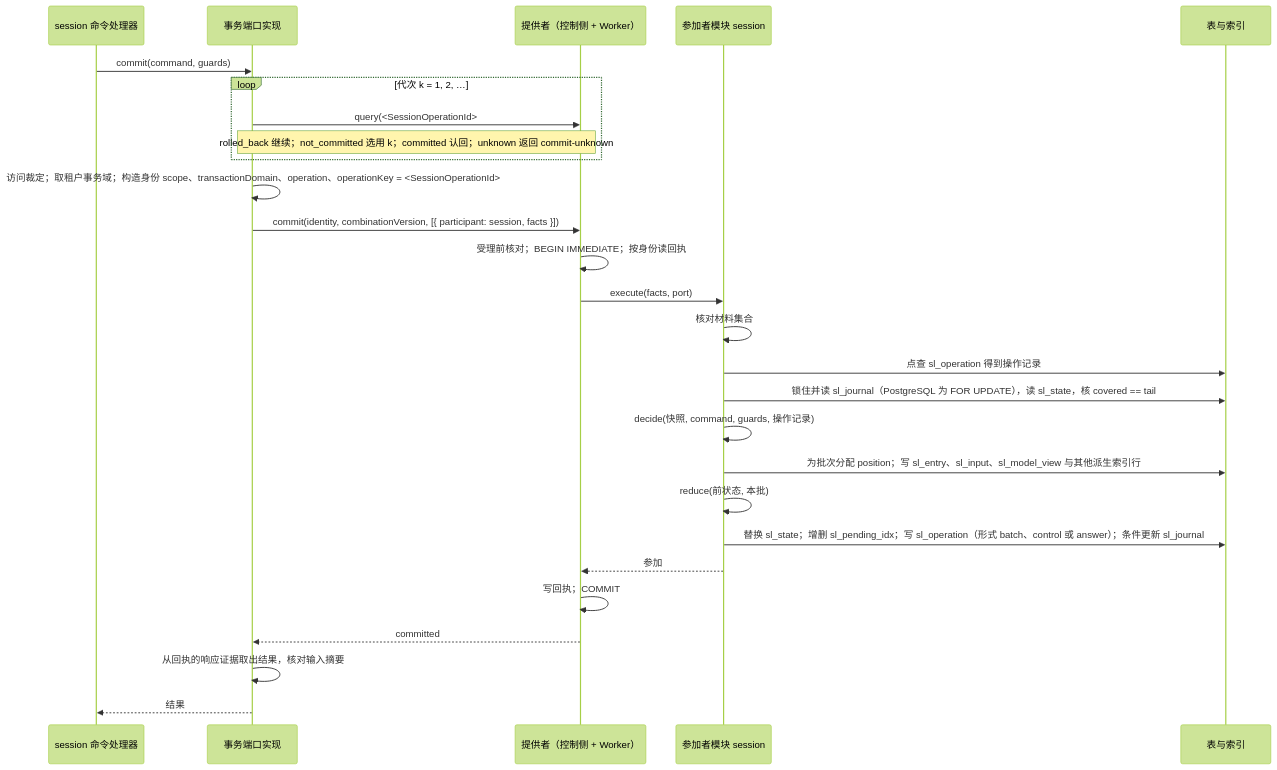
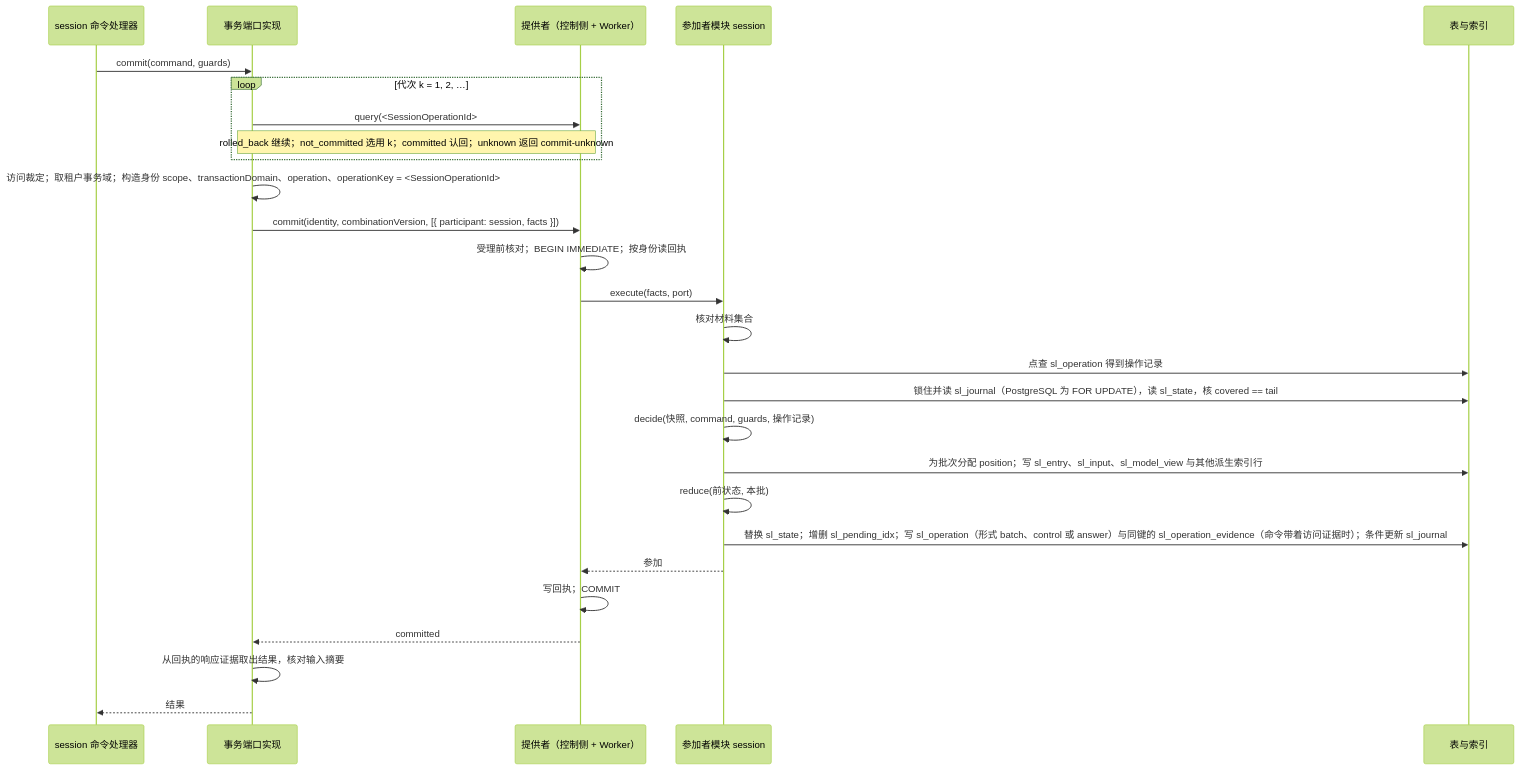
One commit to nemori-ai/omne-harness-lite changed the first of 5 diagrams in packages/session/session-storage-sql/docs/flows.md. Above: the diagram before and after it, drawn with Mermaid (forest theme). The commit also changed 17 other files, not shown here.

````diff
--- a/packages/session/session-storage-sql/docs/flows.md
+++ b/packages/session/session-storage-sql/docs/flows.md
@@ -13,29 +13,29 @@
 ```mermaid
 sequenceDiagram
     participant S as session 命令处理器
     participant T as 事务端口实现
     participant P as 提供者（控制侧 + Worker）
     participant M as 参加者模块 session
     participant D as 表与索引
     S->>T: commit(command, guards)
     loop 代次 k = 1, 2, …
         T->>P: query(<SessionOperationId>#k)
         Note over T,P: rolled_back 继续；not_committed 选用 k；committed 认回；unknown 返回 commit-unknown
     end
     T->>T: 访问裁定；取租户事务域；构造身份 scope、transactionDomain、operation、operationKey = <SessionOperationId>#k、protocolVersion 2；规范化 { command, guards } 为 JSON
     T->>P: commit(identity, combinationVersion, [{ participant: session, facts }])
     P->>P: 受理前核对；BEGIN IMMEDIATE；按身份读回执
     P->>M: execute(facts, port)
     M->>M: 核对材料集合
     M->>D: 点查 sl_operation 得到操作记录
     M->>D: 锁住并读 sl_journal（PostgreSQL 为 FOR UPDATE），读 sl_state，核 covered == tail
     M->>M: decide(快照, command, guards, 操作记录)
     M->>D: 为批次分配 position；写 sl_entry、sl_input、sl_model_view 与其他派生索引行
     M->>M: reduce(前状态, 本批)
-    M->>D: 替换 sl_state；增删 sl_pending_idx；写 sl_operation（形式 batch、control 或 answer）；条件更新 sl_journal
+    M->>D: 替换 sl_state；增删 sl_pending_idx；写 sl_operation（形式 batch、control 或 answer）与同键的 sl_operation_evidence（命令带着访问证据时）；条件更新 sl_journal
     M-->>P: 参加
     P->>P: 写回执；COMMIT
     P-->>T: committed
     T->>T: 从回执的响应证据取出结果，核对输入摘要
     T-->>S: 结果
 ```
````
